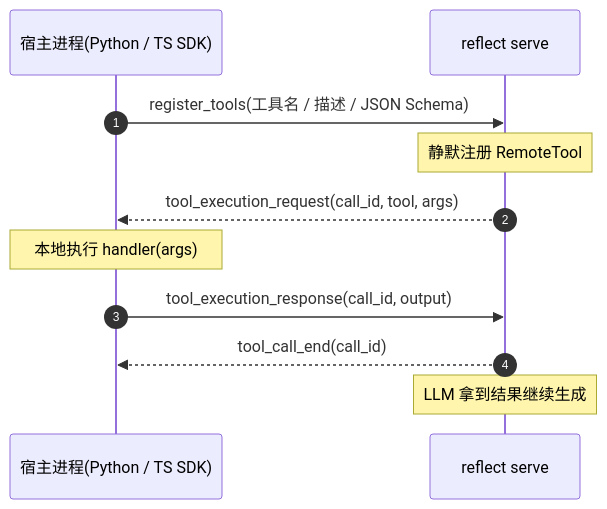
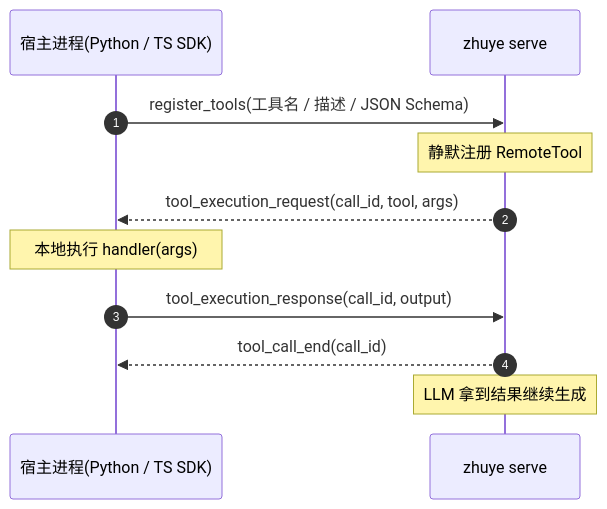
Before and after one commit to Asketisch/Reflect-Agent: the diagram in docs/sdk.md, drawn with Mermaid. The commit also changed other lines of this file and 1007 other files, not shown here.

````diff
--- a/docs/sdk.md
+++ b/docs/sdk.md
@@ -12,13 +12,13 @@
 ```mermaid
 sequenceDiagram
     autonumber
     participant C as 宿主进程(Python / TS SDK)
-    participant S as reflect serve
+    participant S as zhuye serve
     C->>S: register_tools(工具名 / 描述 / JSON Schema)
     Note over S: 静默注册 RemoteTool
     S-->>C: tool_execution_request(call_id, tool, args)
     Note over C: 本地执行 handler(args)
     C->>S: tool_execution_response(call_id, output)
     S-->>C: tool_call_end(call_id)
     Note over S: LLM 拿到结果继续生成
 ```
````
